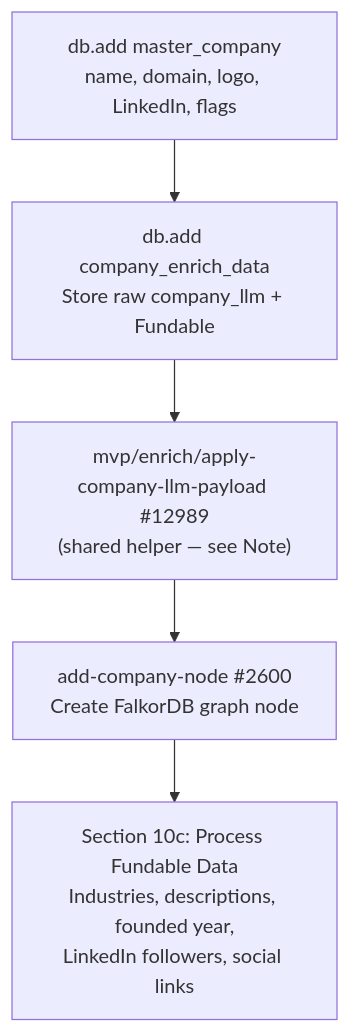
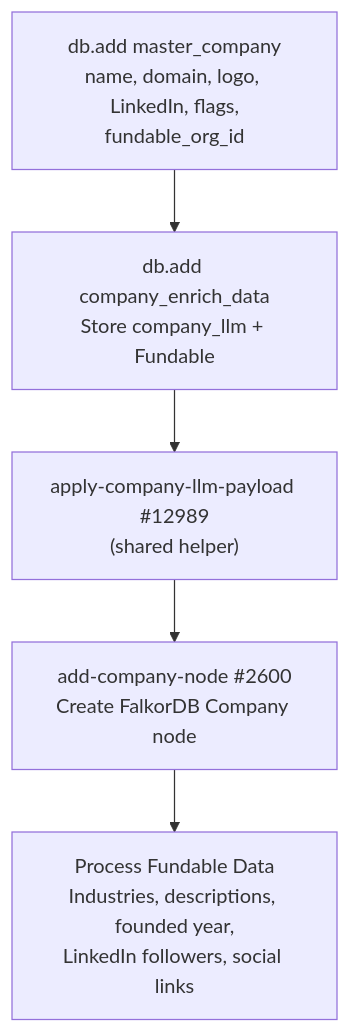
The fourth of 5 diagrams in guides/enrichment/waterfall/company-enrichment-phases.mdx (M-Pederson/docs), drawn with Mermaid before and after one commit. The commit also changed other lines of this file and 2 other files, not shown here.

````diff
--- a/guides/enrichment/waterfall/company-enrichment-phases.mdx
+++ b/guides/enrichment/waterfall/company-enrichment-phases.mdx
@@ -107,7 +117,7 @@
 ```mermaid
 graph TD
-    A["db.add master_company<br/>name, domain, logo, LinkedIn, flags"] --> B["db.add company_enrich_data<br/>Store raw company_llm + Fundable"]
-    B --> C["mvp/enrich/apply-company-llm-payload #12989<br/>(shared helper — see Note)"]
-    C --> D["add-company-node #2600<br/>Create FalkorDB graph node"]
-    D --> E["Section 10c: Process Fundable Data<br/>Industries, descriptions, founded year,<br/>LinkedIn followers, social links"]
+    A["db.add master_company<br/>name, domain, logo, LinkedIn, flags,<br/>fundable_org_id"] --> B["db.add company_enrich_data<br/>Store company_llm + Fundable"]
+    B --> C["apply-company-llm-payload #12989<br/>(shared helper)"]
+    C --> D["add-company-node #2600<br/>Create FalkorDB Company node"]
+    D --> E["Process Fundable Data<br/>Industries, descriptions, founded year,<br/>LinkedIn followers, social links"]
 ```
````
